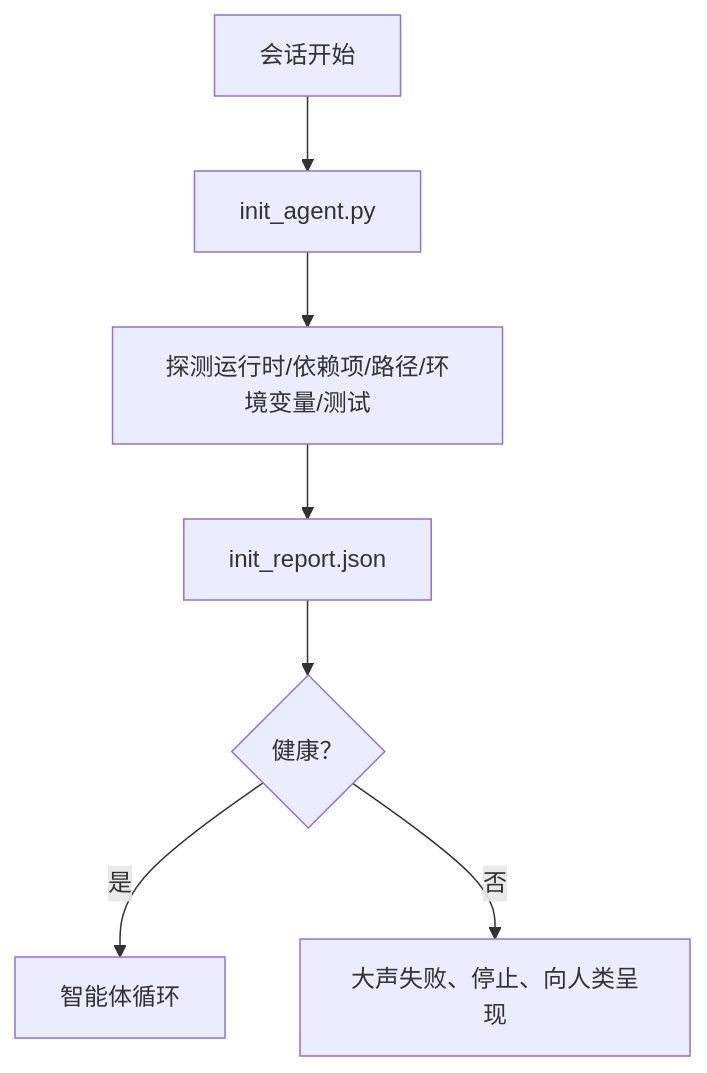
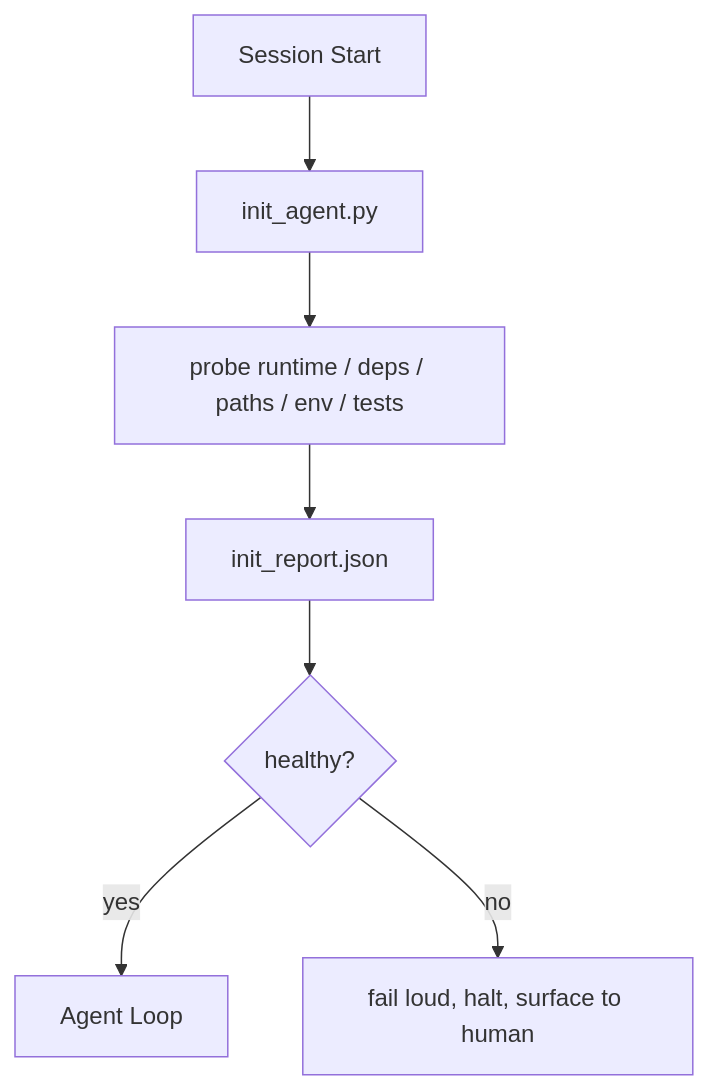
One commit to xiaojiaenen/ai-engineering-from-scratch-zh changed the diagram in i18n/zh/phases/14-agent-engineering/35-initialization-scripts/docs/zh.md. Above: the diagram before and after it, drawn with Mermaid. The commit also changed other lines of this file and 54 other files, not shown here.

````diff
--- a/i18n/zh/phases/14-agent-engineering/35-initialization-scripts/docs/zh.md
+++ b/i18n/zh/phases/14-agent-engineering/35-initialization-scripts/docs/zh.md
@@ -25,9 +25,9 @@
 ```mermaid
 flowchart TD
-  Start[会话开始] --> Init[init_agent.py]
-  Init --> Probes[探测运行时/依赖项/路径/环境变量/测试]
+  Start[Session Start] --> Init[init_agent.py]
+  Init --> Probes[probe runtime / deps / paths / env / tests]
   Probes --> Report[init_report.json]
-  Report --> Decision{健康？}
-  Decision -- 是 --> Agent[智能体循环]
-  Decision -- 否 --> Halt[大声失败、停止、向人类呈现]
+  Report --> Decision{healthy?}
+  Decision -- yes --> Agent[Agent Loop]
+  Decision -- no --> Halt[fail loud, halt, surface to human]
 ```
````
